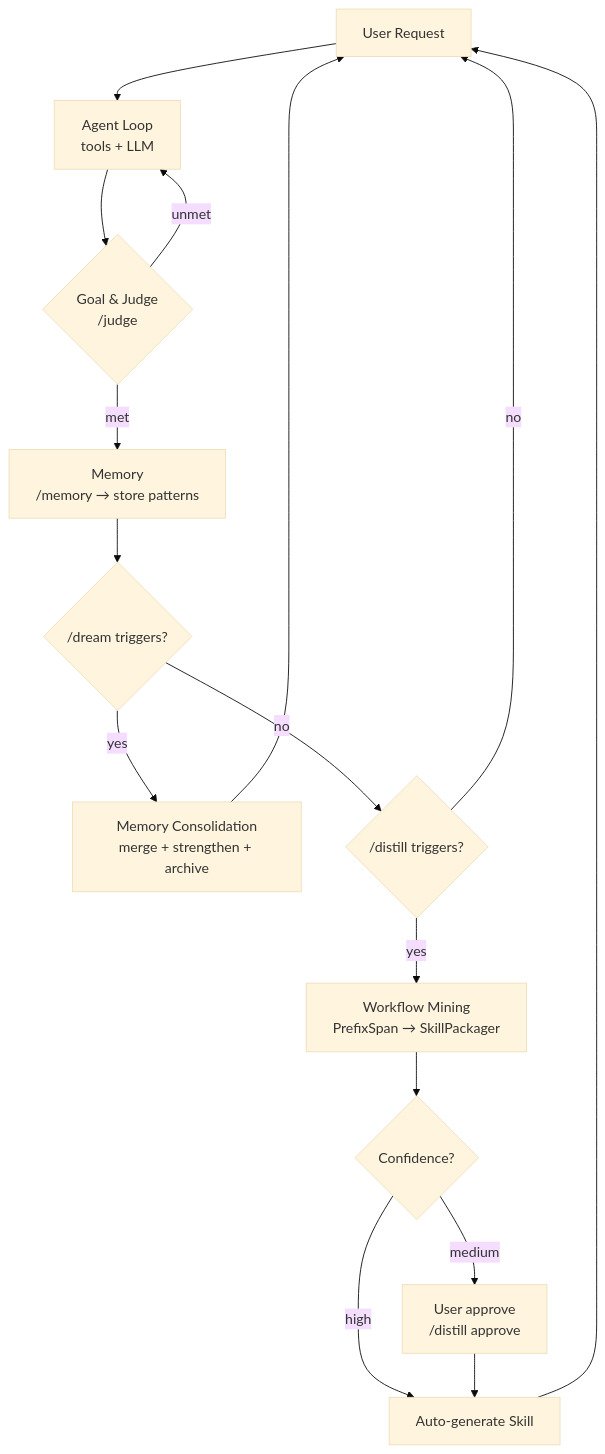
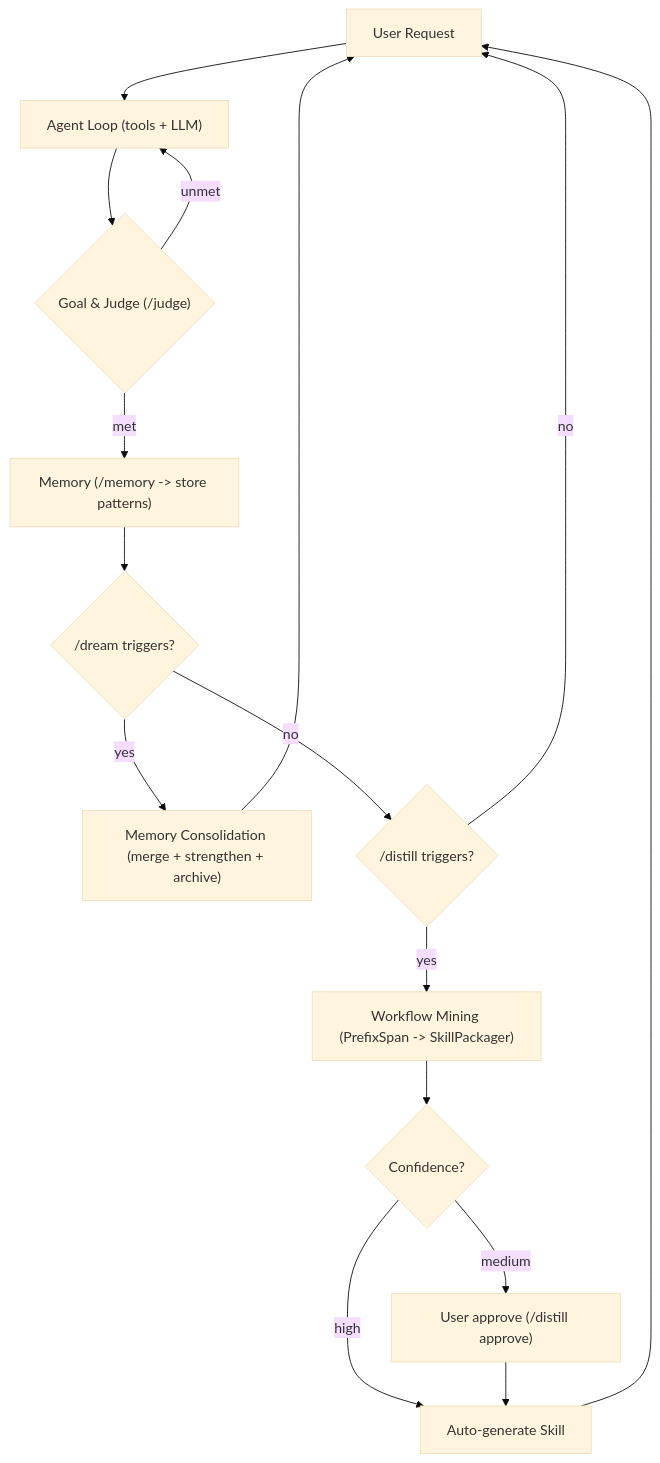
Before and after one commit to Omitze/Axiom: the diagram in README.md, drawn with Mermaid (base theme). The commit also changed 1 other file, not shown here.

````diff
--- a/README.md
+++ b/README.md
@@ -67,18 +67,18 @@
 ```mermaid
 flowchart TD
-    A[User Request] --> B[Agent Loop<br/>tools + LLM]
-    B --> C{Goal & Judge<br/>/judge}
-    C -- unmet --> B
-    C -- met --> D[Memory<br/>/memory → store patterns]
-    D --> E{/dream triggers?}
-    E -- yes --> F[Memory Consolidation<br/>merge + strengthen + archive]
-    E -- no --> G{/distill triggers?}
-    G -- yes --> H[Workflow Mining<br/>PrefixSpan → SkillPackager]
-    G -- no --> A
-    H --> I{Confidence?}
-    I -- high --> J[Auto-generate Skill]
-    I -- medium --> K[User approve<br/>/distill approve]
+    A["User Request"] --> B["Agent Loop (tools + LLM)"]
+    B --> C{"Goal & Judge (/judge)"}
+    C -- "unmet" --> B
+    C -- "met" --> D["Memory (/memory -> store patterns)"]
+    D --> E{"/dream triggers?"}
+    E -- "yes" --> F["Memory Consolidation (merge + strengthen + archive)"]
+    E -- "no" --> G{"/distill triggers?"}
+    G -- "yes" --> H["Workflow Mining (PrefixSpan -> SkillPackager)"]
+    G -- "no" --> A
+    H --> I{"Confidence?"}
+    I -- "high" --> J["Auto-generate Skill"]
+    I -- "medium" --> K["User approve (/distill approve)"]
     K --> J
     J --> A
     F --> A
 ```
````
